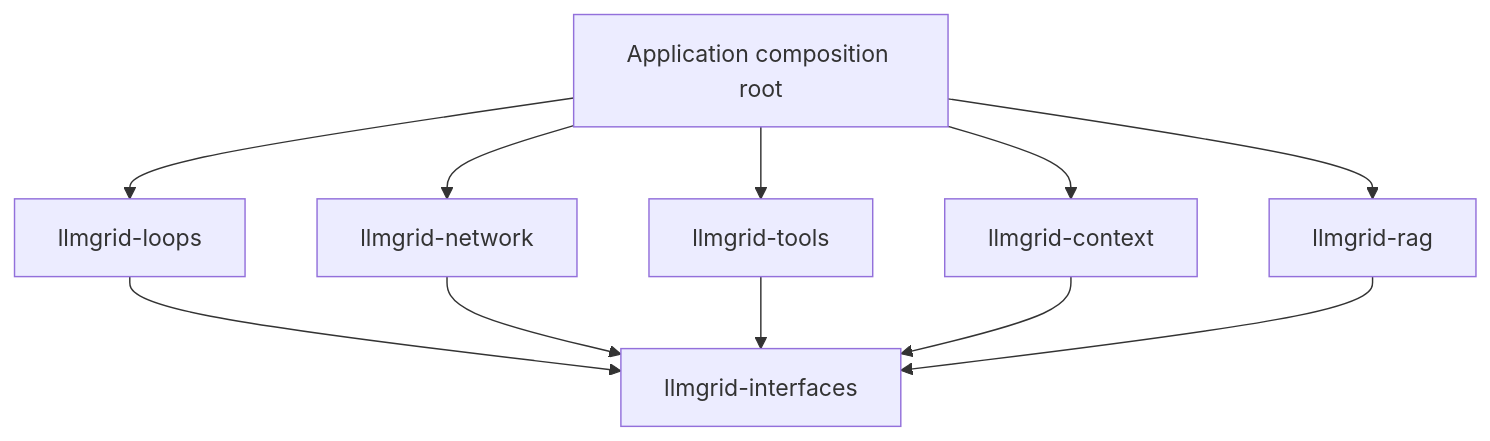
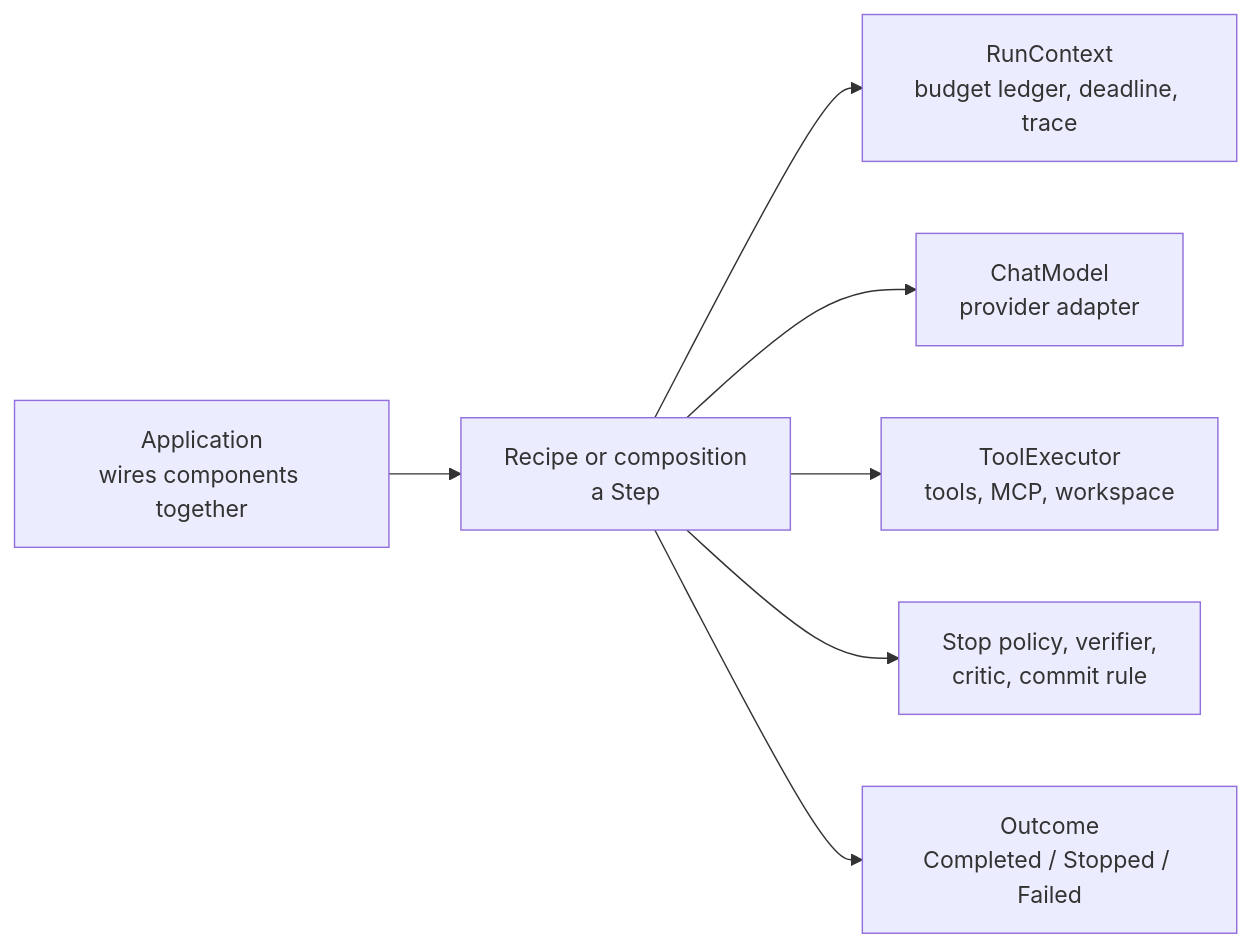
One commit to sanketn26/llmgrid changed the diagram in docs/composable-agent-platform-plan.md. Above: the diagram before and after it, drawn with Mermaid. The commit also changed other lines of this file and 12 other files, not shown here.

````diff
--- a/docs/composable-agent-platform-plan.md
+++ b/docs/composable-agent-platform-plan.md
@@ -173,13 +23,9 @@
 ```mermaid
-flowchart TD
-    App[Application composition root] --> Loops[llmgrid-loops]
-    App --> Network[llmgrid-network]
-    App --> Tools[llmgrid-tools]
-    App --> Context[llmgrid-context]
-    App --> Rag[llmgrid-rag]
-    Loops --> Interfaces[llmgrid-interfaces]
-    Network --> Interfaces
-    Tools --> Interfaces
-    Context --> Interfaces
-    Rag --> Interfaces
+flowchart LR
+    App[Application<br/>wires components together] --> Recipe[Recipe or composition<br/>a Step]
+    Recipe --> Ctx[RunContext<br/>budget ledger, deadline, trace]
+    Recipe --> Model[ChatModel<br/>provider adapter]
+    Recipe --> Tools[ToolExecutor<br/>tools, MCP, workspace]
+    Recipe --> Policies[Stop policy, verifier,<br/>critic, commit rule]
+    Recipe --> Outcome[Outcome<br/>Completed / Stopped / Failed]
 ```
````
